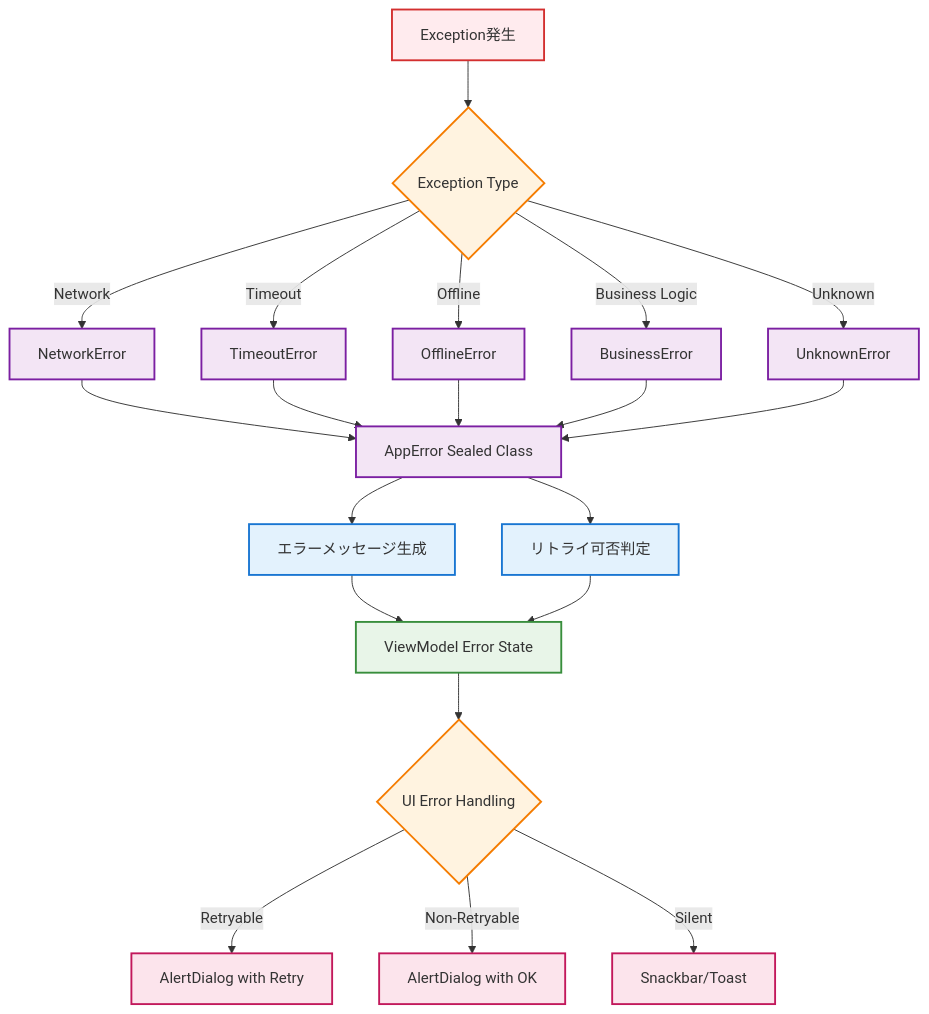
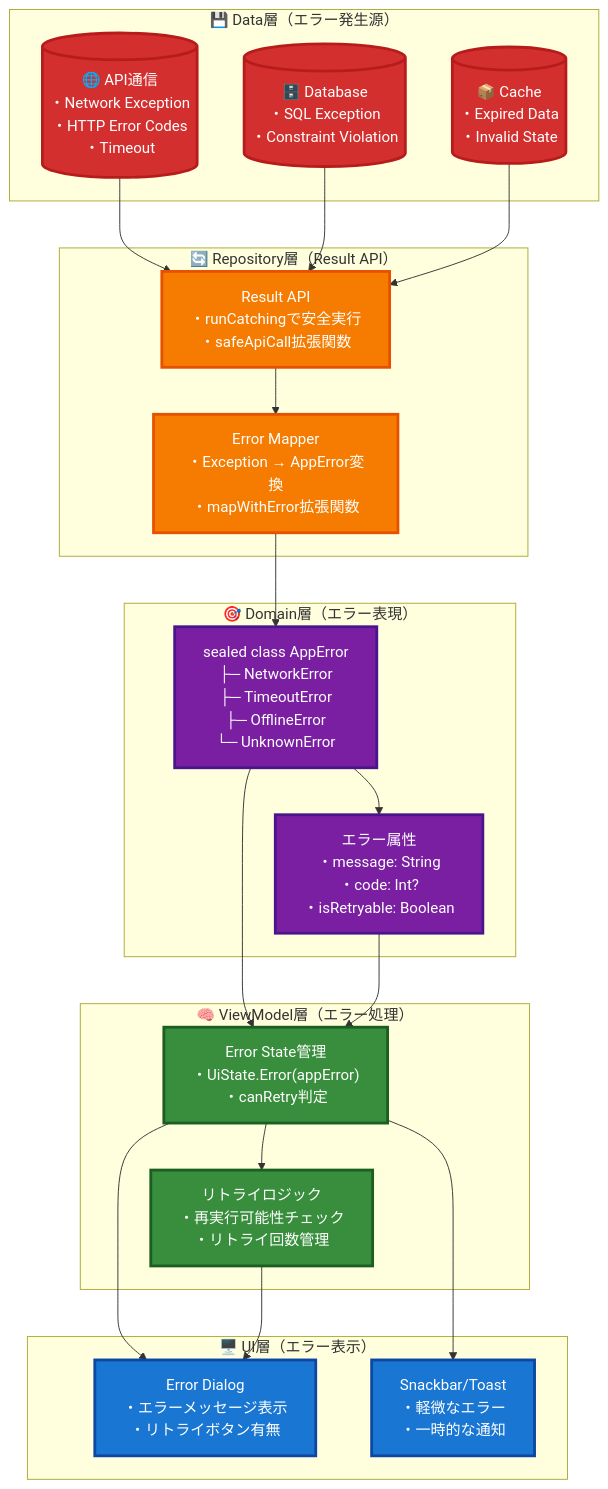
The third of 7 diagrams in ARCHITECTURE_GUIDE.md (shimanukims/android-base), drawn with Mermaid before and after one commit. The commit also changed other lines of this file and 10 other files, not shown here.

Commit message:
change error handling

````diff
--- a/ARCHITECTURE_GUIDE.md
+++ b/ARCHITECTURE_GUIDE.md
@@ -252,42 +208,58 @@
 ```mermaid
-graph TD
-    A[Exception発生] --> B{Exception Type}
+flowchart TB
+    subgraph DataLayer ["💾 Data層（エラー発生源）"]
+        API[("🌐 API通信<br/>・Network Exception<br/>・HTTP Error Codes<br/>・Timeout")]
+        DB[("🗄️ Database<br/>・SQL Exception<br/>・Constraint Violation")]
+        Cache[("📦 Cache<br/>・Expired Data<br/>・Invalid State")]
+    end
     
-    B -->|Network| C[NetworkError]
-    B -->|Timeout| D[TimeoutError]  
-    B -->|Offline| E[OfflineError]
-    B -->|Business Logic| F[BusinessError]
-    B -->|Unknown| G[UnknownError]
+    subgraph ErrorCatchLayer ["🔄 Repository層（Result API）"]
+        ResultAPI["Result API<br/>・runCatchingで安全実行<br/>・safeApiCall拡張関数"]
+        ErrorMapper["Error Mapper<br/>・Exception → AppError変換<br/>・mapWithError拡張関数"]
+    end
     
-    C --> H[AppError Sealed Class]
-    D --> H
-    E --> H
-    F --> H
-    G --> H
+    subgraph DomainErrorLayer ["🎯 Domain層（エラー表現）"]
+        AppErrorClass["sealed class AppError<br/>├─ NetworkError<br/>├─ TimeoutError<br/>├─ OfflineError<br/>└─ UnknownError"]
+        ErrorAttributes["エラー属性<br/>・message: String<br/>・code: Int?<br/>・isRetryable: Boolean"]
+    end
     
-    H --> I[エラーメッセージ生成]
-    H --> J[リトライ可否判定]
+    subgraph ViewModelLayer ["🧠 ViewModel層（エラー処理）"]
+        ErrorState["Error State管理<br/>・UiState.Error(appError)<br/>・canRetry判定"]
+        RetryLogic["リトライロジック<br/>・再実行可能性チェック<br/>・リトライ回数管理"]
+    end
     
-    I --> K[ViewModel Error State]
-    J --> K
+    subgraph UILayer ["🖥️ UI層（エラー表示）"]
+        ErrorDialog["Error Dialog<br/>・エラーメッセージ表示<br/>・リトライボタン有無"]
+        Snackbar["Snackbar/Toast<br/>・軽微なエラー<br/>・一時的な通知"]
+    end
     
-    K --> L{UI Error Handling}
-    L -->|Retryable| M[AlertDialog with Retry]
-    L -->|Non-Retryable| N[AlertDialog with OK]
-    L -->|Silent| O[Snackbar/Toast]
+    %% データフロー定義
+    API --> ResultAPI
+    DB --> ResultAPI
+    Cache --> ResultAPI
     
-    %% スタイリング
-    classDef exceptionStyle fill:#ffebee,stroke:#d32f2f,stroke-width:2px
-    classDef errorTypeStyle fill:#fff3e0,stroke:#f57c00,stroke-width:2px
-    classDef errorClassStyle fill:#f3e5f5,stroke:#7b1fa2,stroke-width:2px
-    classDef processStyle fill:#e3f2fd,stroke:#1976d2,stroke-width:2px
-    classDef viewModelStyle fill:#e8f5e8,stroke:#388e3c,stroke-width:2px
-    classDef uiStyle fill:#fce4ec,stroke:#c2185b,stroke-width:2px
+    ResultAPI --> ErrorMapper
+    ErrorMapper --> AppErrorClass
+    AppErrorClass --> ErrorAttributes
     
-    class A exceptionStyle
-    class B,L errorTypeStyle
-    class C,D,E,F,G,H errorClassStyle
-    class I,J processStyle
-    class K viewModelStyle
-    class M,N,O uiStyle
+    AppErrorClass --> ErrorState
+    ErrorAttributes --> ErrorState
+    ErrorState --> RetryLogic
+    
+    ErrorState --> ErrorDialog
+    ErrorState --> Snackbar
+    RetryLogic --> ErrorDialog
+    
+    %% スタイリング - VSCode対応
+    classDef dataStyle fill:#d32f2f,stroke:#b71c1c,stroke-width:3px,color:#ffffff
+    classDef catchStyle fill:#f57c00,stroke:#e65100,stroke-width:3px,color:#ffffff
+    classDef domainStyle fill:#7b1fa2,stroke:#4a148c,stroke-width:3px,color:#ffffff
+    classDef viewModelStyle fill:#388e3c,stroke:#1b5e20,stroke-width:3px,color:#ffffff
+    classDef uiStyle fill:#1976d2,stroke:#0d47a1,stroke-width:3px,color:#ffffff
+    
+    class API,DB,Cache dataStyle
+    class ResultAPI,ErrorMapper catchStyle
+    class AppErrorClass,ErrorAttributes domainStyle
+    class ErrorState,RetryLogic viewModelStyle
+    class ErrorDialog,Snackbar uiStyle
 ```
````
